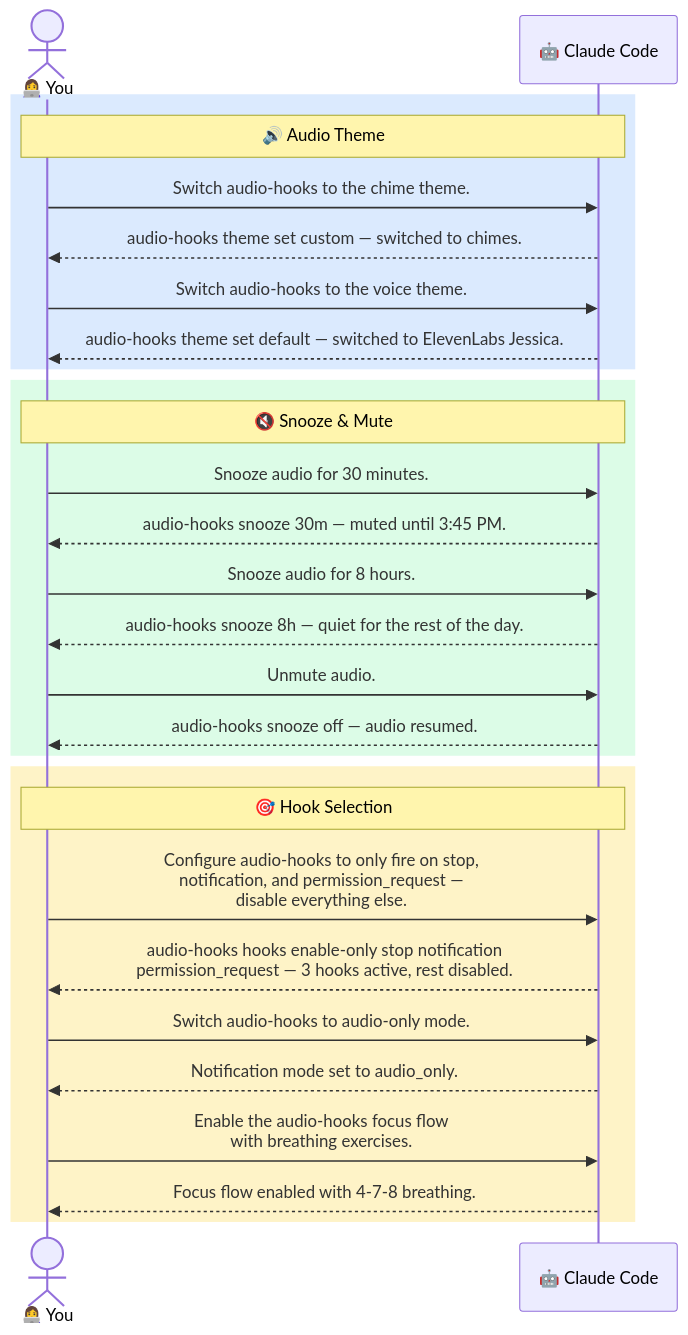
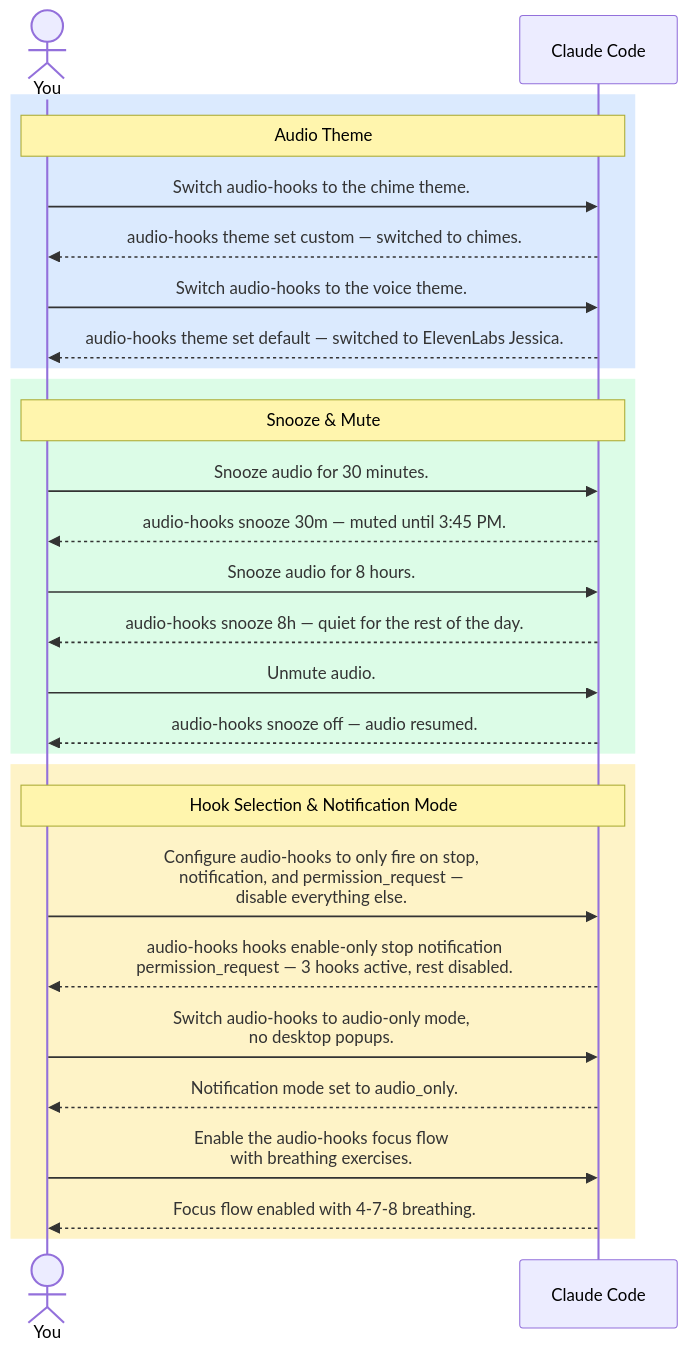
The second of 7 diagrams in README.md (tozaki1545atebau/claude-code-audio-hooks), drawn with Mermaid before and after one commit. The commit also changed other lines of this file, not shown here.

````diff
--- a/README.md
+++ b/README.md
@@ -186,33 +181,33 @@
 ```mermaid
 sequenceDiagram
-    actor You as 👩‍💻 You
-    participant CC as 🤖 Claude Code
+    actor You as You
+    participant CC as Claude Code
 
     rect rgb(219, 234, 254)
-    Note over You,CC: 🔊 Audio Theme
+    Note over You,CC: Audio Theme
     You->>CC: Switch audio-hooks to the chime theme.
     CC-->>You: audio-hooks theme set custom — switched to chimes.
     You->>CC: Switch audio-hooks to the voice theme.
     CC-->>You: audio-hooks theme set default — switched to ElevenLabs Jessica.
     end
 
     rect rgb(220, 252, 231)
-    Note over You,CC: 🔇 Snooze & Mute
+    Note over You,CC: Snooze & Mute
     You->>CC: Snooze audio for 30 minutes.
     CC-->>You: audio-hooks snooze 30m — muted until 3:45 PM.
     You->>CC: Snooze audio for 8 hours.
     CC-->>You: audio-hooks snooze 8h — quiet for the rest of the day.
     You->>CC: Unmute audio.
     CC-->>You: audio-hooks snooze off — audio resumed.
     end
 
     rect rgb(254, 243, 199)
-    Note over You,CC: 🎯 Hook Selection
+    Note over You,CC: Hook Selection & Notification Mode
     You->>CC: Configure audio-hooks to only fire on stop,<br/>notification, and permission_request —<br/>disable everything else.
     CC-->>You: audio-hooks hooks enable-only stop notification<br/>permission_request — 3 hooks active, rest disabled.
-    You->>CC: Switch audio-hooks to audio-only mode.
+    You->>CC: Switch audio-hooks to audio-only mode,<br/>no desktop popups.
     CC-->>You: Notification mode set to audio_only.
     You->>CC: Enable the audio-hooks focus flow<br/>with breathing exercises.
     CC-->>You: Focus flow enabled with 4-7-8 breathing.
     end
 ```
````
